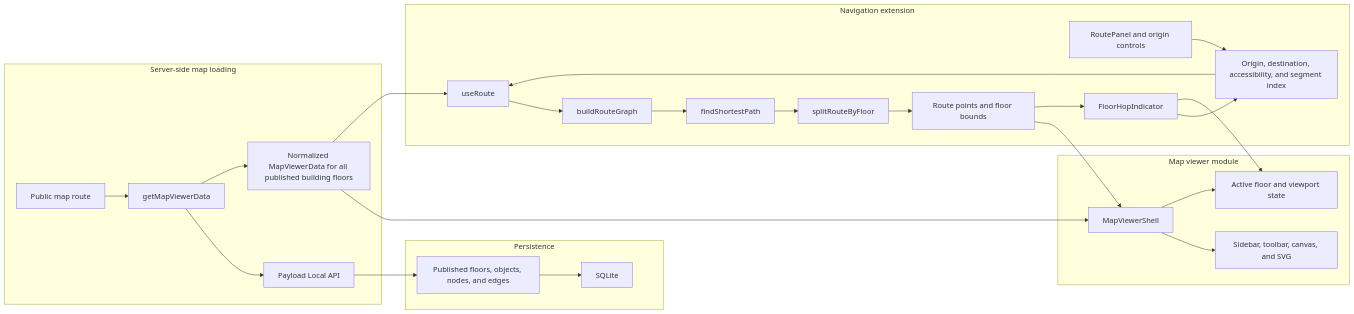
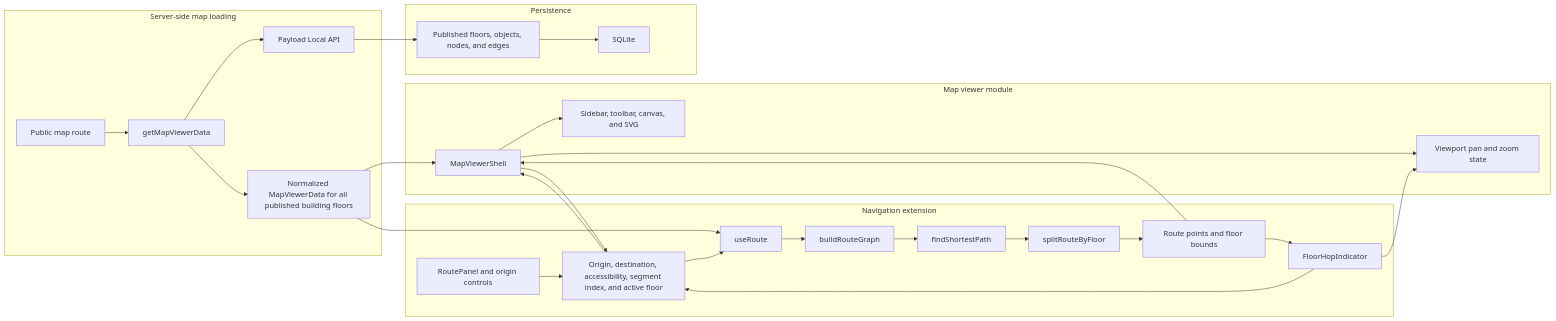
One commit to MubassirSapa/WayFinder changed the fifth of 6 diagrams in docs/technical/APPLICATION_ARCHITECTURE.md. Above: the diagram before and after it, drawn with Mermaid. The commit also changed other lines of this file and 5 other files, not shown here.

First line of the commit message:
fix(map-viewer): sync active floor and route segment across all navigation entry points

````diff
--- a/docs/technical/APPLICATION_ARCHITECTURE.md
+++ b/docs/technical/APPLICATION_ARCHITECTURE.md
@@ -407,52 +407,54 @@
 ```mermaid
 flowchart LR
     subgraph serverSide ["Server-side map loading"]
         mapRoute["Public map route"]
         viewerLoader["getMapViewerData"]
         localApi["Payload Local API"]
         mapData["Normalized MapViewerData for all published building floors"]
     end
 
     subgraph viewerModule ["Map viewer module"]
         viewerShell["MapViewerShell"]
         viewerUi["Sidebar, toolbar, canvas, and SVG"]
-        floorState["Active floor and viewport state"]
+        floorState["Viewport pan and zoom state"]
     end
 
     subgraph navigationModule ["Navigation extension"]
         routePanel["RoutePanel and origin controls"]
-        navigationState["Origin, destination, accessibility, and segment index"]
+        navigationState["Origin, destination, accessibility, segment index, and active floor"]
         routeHook["useRoute"]
         graphBuilder["buildRouteGraph"]
         dijkstra["findShortestPath"]
         floorSegments["splitRouteByFloor"]
         routeGeometry["Route points and floor bounds"]
         floorHop["FloorHopIndicator"]
     end
 
     subgraph databaseLayer ["Persistence"]
         collections["Published floors, objects, nodes, and edges"]
         database["SQLite"]
     end
 
     mapRoute --> viewerLoader
     viewerLoader --> localApi
     localApi --> collections
     collections --> database
     viewerLoader --> mapData
     mapData --> viewerShell
     viewerShell --> viewerUi
     viewerShell --> floorState
 
     routePanel --> navigationState
+    viewerShell --> navigationState
+    navigationState --> viewerShell
     mapData --> routeHook
     navigationState --> routeHook
     routeHook --> graphBuilder
     graphBuilder --> dijkstra
     dijkstra --> floorSegments
     floorSegments --> routeGeometry
     routeGeometry --> viewerShell
     routeGeometry --> floorHop
     floorHop --> navigationState
     floorHop --> floorState
 ```
````
